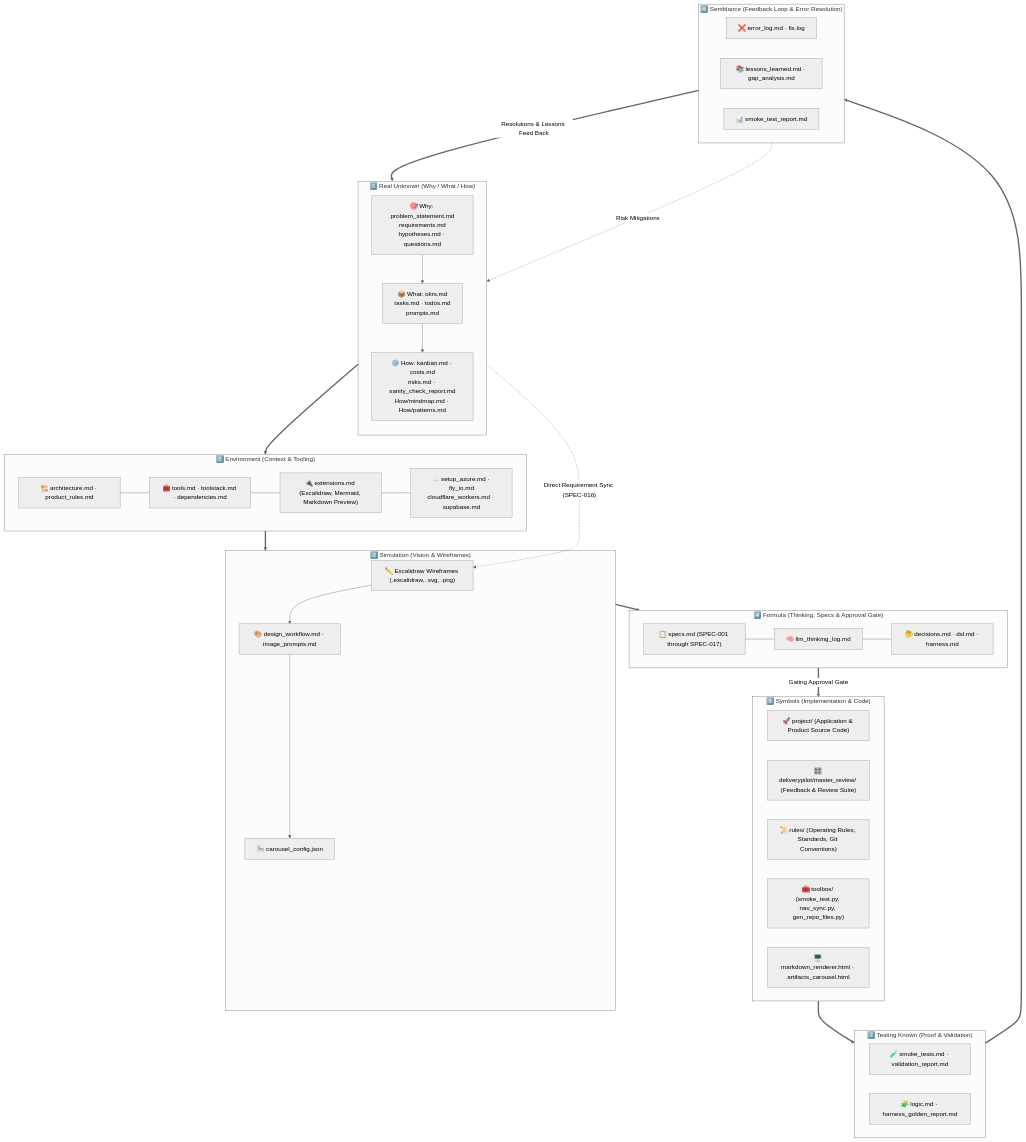
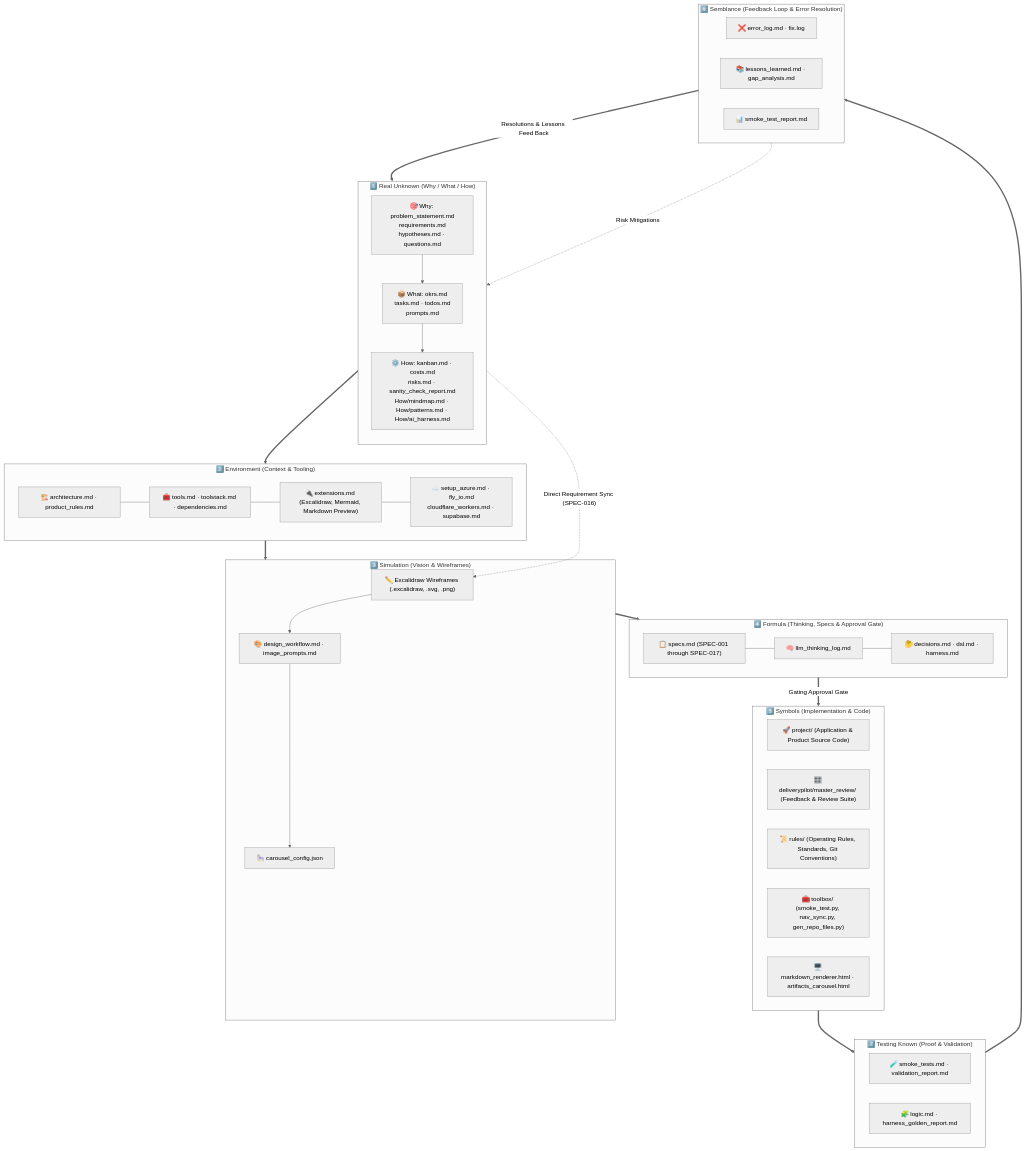
Before and after one commit to rifaterdemsahin/delivery-pilot-template: the diagram in 1_Real_Unknown/How/mindmap.md, drawn with Mermaid (neutral theme). The commit also changed other lines of this file and 12 other files, not shown here.

Commit message:
feat(real/how): define AI Harness Triad (Channel, Compute, Bot) in How/ai_harness.md (TSK-044 / SPEC-019)

````diff
--- a/1_Real_Unknown/How/mindmap.md
+++ b/1_Real_Unknown/How/mindmap.md
@@ -9,62 +9,62 @@
 ```mermaid
 flowchart TD
     subgraph S1["1️⃣ Real Unknown (Why / What / How)"]
         direction TB
         S1_WHY["🎯 Why: problem_statement.md<br/>requirements.md<br/>hypotheses.md · questions.md"]
         S1_WHAT["📦 What: okrs.md<br/>tasks.md · todos.md<br/>prompts.md"]
-        S1_HOW["⚙️ How: kanban.md · costs.md<br/>risks.md · sanity_check_report.md<br/>How/mindmap.md · How/patterns.md"]
+        S1_HOW["⚙️ How: kanban.md · costs.md<br/>risks.md · sanity_check_report.md<br/>How/mindmap.md · How/patterns.md · How/ai_harness.md"]
         S1_WHY --> S1_WHAT --> S1_HOW
     end
 
     subgraph S2["2️⃣ Environment (Context & Tooling)"]
         S2_ARCH["🏗️ architecture.md · product_rules.md"]
         S2_TOOLS["🧰 tools.md · toolstack.md · dependencies.md"]
         S2_EXT["🔌 extensions.md (Excalidraw, Mermaid, Markdown Preview)"]
         S2_CLOUD["☁️ setup_azure.md · fly_io.md<br/>cloudflare_workers.md · supabase.md"]
         S2_ARCH --- S2_TOOLS --- S2_EXT --- S2_CLOUD
     end
 
     subgraph S3["3️⃣ Simulation (Vision & Wireframes)"]
         S3_EXC["✏️ Excalidraw Wireframes (.excalidraw, .svg, .png)"]
         S3_FLOW["🎨 design_workflow.md · image_prompts.md"]
         S3_CAR["🎠 carousel_config.json"]
         S3_EXC --> S3_FLOW --> S3_CAR
     end
 
     subgraph S4["4️⃣ Formula (Thinking, Specs & Approval Gate)"]
         S4_SPECS["📋 specs.md (SPEC-001 through SPEC-017)"]
         S4_LOG["🧠 llm_thinking_log.md"]
         S4_ADR["🤔 decisions.md · dsl.md · harness.md"]
         S4_SPECS --- S4_LOG --- S4_ADR
     end
 
     subgraph S5["5️⃣ Symbols (Implementation & Code)"]
         S5_PROJ["🚀 project/ (Application & Product Source Code)"]
         S5_DP["🎛️ deliverypilot/master_review/ (Feedback & Review Suite)"]
         S5_RULES["📜 rules/ (Operating Rules, Standards, Git Conventions)"]
         S5_BOX["🧰 toolbox/ (smoke_test.py, nav_sync.py, gen_repo_files.py)"]
         S5_UI["🖥️ markdown_renderer.html · artifacts_carousel.html"]
     end
 
     subgraph S7["7️⃣ Testing Known (Proof & Validation)"]
         S7_SMOKE["🧪 smoke_tests.md · validation_report.md"]
         S7_LOGIC["🧩 logic.md · harness_golden_report.md"]
     end
 
     subgraph S6["6️⃣ Semblance (Feedback Loop & Error Resolution)"]
         S6_LOGS["❌ error_log.md · fix.log"]
         S6_LEARN["📚 lessons_learned.md · gap_analysis.md"]
         S6_REPORT["📊 smoke_test_report.md"]
     end
 
     %% Cross-Stage Flow & Feedback Loops
     S1 ==> S2
     S1 -. "Direct Requirement Sync (SPEC-016)" .-> S3_EXC
     S2 ==> S3
     S3 ==> S4
     S4 ==>|Gating Approval Gate| S5
     S5 ==> S7
     S7 ==> S6
     S6 ==>|Resolutions & Lessons Feed Back| S1_HOW
     S6 -. "Risk Mitigations" .-> S1
 ```
````
